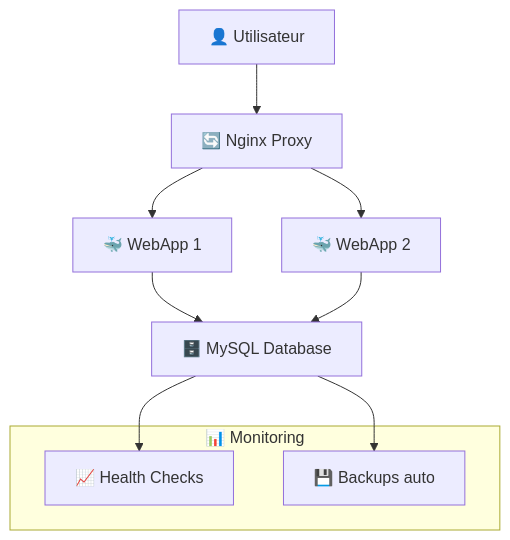
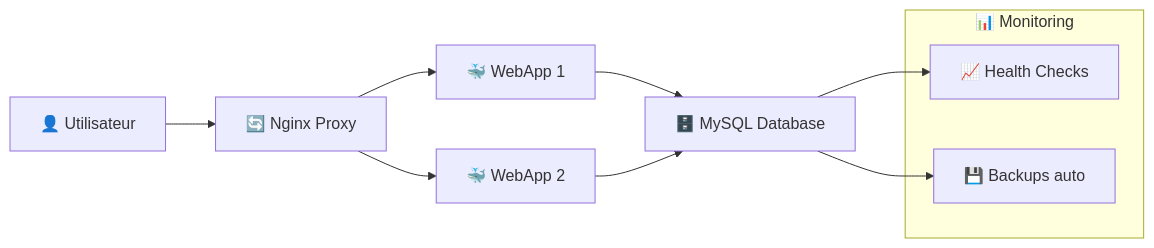
Before and after one commit to JSurquin/postfix: the second of 2 diagrams in pages/14-exercices-ansible.md, drawn with Mermaid. The commit also changed other lines of this file and 3 other files, not shown here.

````diff
--- a/pages/14-exercices-ansible.md
+++ b/pages/14-exercices-ansible.md
@@ -388,16 +387,16 @@
 ```mermaid
-flowchart TD
+flowchart LR
     U[👤 Utilisateur] --> N[🔄 Nginx Proxy]
     N --> A1[🐳 WebApp 1]
     N --> A2[🐳 WebApp 2]
     A1 --> D[🗄️ MySQL Database]
     A2 --> D
     
     subgraph "📊 Monitoring"
         M[📈 Health Checks]
         B[💾 Backups auto]
     end
     
     D --> M
     D --> B
 ```
````
